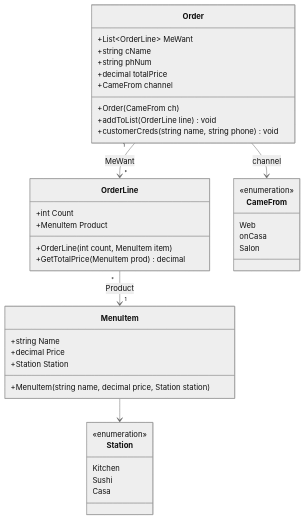
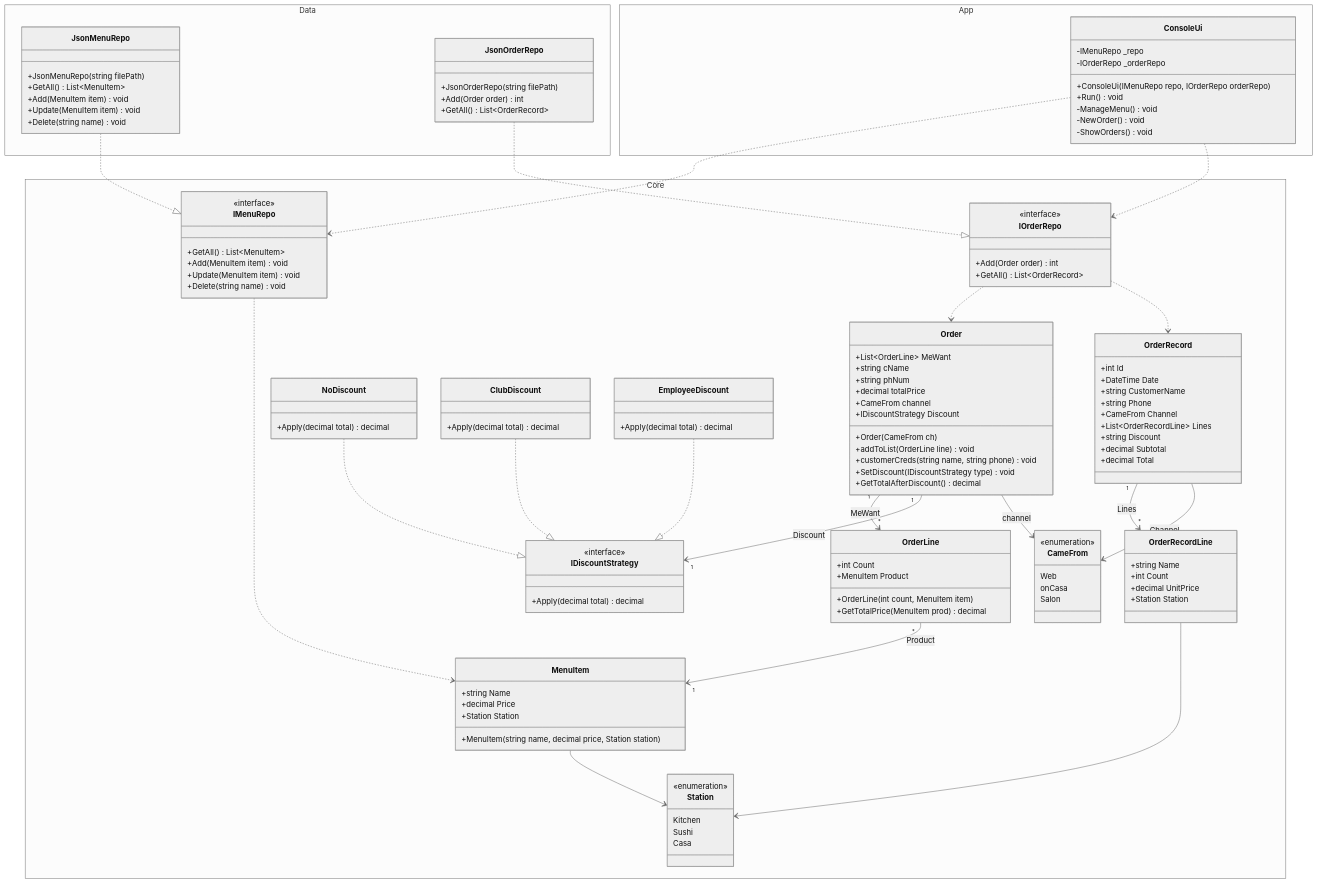
The diagram in uml1.0.md (Misaki-soup/sushi-order-system), drawn with Mermaid (neutral theme) before and after one commit.

Commit message:
Final Uml

````diff
--- a/uml1.0.md
+++ b/uml1.0.md
@@ -1,47 +1,146 @@
 ```mermaid
 classDiagram
 
-    class MenuItem {
-        +string Name
-        +decimal Price
-        +Station Station
-        +MenuItem(string name, decimal price, Station station)
+    namespace App {
+        class ConsoleUi {
+            -IMenuRepo _repo
+            -IOrderRepo _orderRepo
+            +ConsoleUi(IMenuRepo repo, IOrderRepo orderRepo)
+            +Run() void
+            -ManageMenu() void
+            -NewOrder() void
+            -ShowOrders() void
+        }
     }
 
-    class OrderLine {
-        +int Count
-        +MenuItem Product
-        +OrderLine(int count, MenuItem item)
-        +GetTotalPrice(MenuItem prod) decimal
+    namespace Core {
+        class MenuItem {
+            +string Name
+            +decimal Price
+            +Station Station
+            +MenuItem(string name, decimal price, Station station)
+        }
+
+        class OrderLine {
+            +int Count
+            +MenuItem Product
+            +OrderLine(int count, MenuItem item)
+            +GetTotalPrice(MenuItem prod) decimal
+        }
+
+        class Order {
+            +List~OrderLine~ MeWant
+            +string cName
+            +string phNum
+            +decimal totalPrice
+            +CameFrom channel
+            +IDiscountStrategy Discount
+            +Order(CameFrom ch)
+            +addToList(OrderLine line) void
+            +customerCreds(string name, string phone) void
+            +SetDiscount(IDiscountStrategy type) void
+            +GetTotalAfterDiscount() decimal
+        }
+
+        class Station {
+            <<enumeration>>
+            Kitchen
+            Sushi
+            Casa
+        }
+
+        class CameFrom {
+            <<enumeration>>
+            Web
+            onCasa
+            Salon
+        }
+
+        class IDiscountStrategy {
+            <<interface>>
+            +Apply(decimal total) decimal
+        }
+
+        class NoDiscount {
+            +Apply(decimal total) decimal
+        }
+
+        class ClubDiscount {
+            +Apply(decimal total) decimal
+        }
+
+        class EmployeeDiscount {
+            +Apply(decimal total) decimal
+        }
+
+        class IMenuRepo {
+            <<interface>>
+            +GetAll() List~MenuItem~
+            +Add(MenuItem item) void
+            +Update(MenuItem item) void
+            +Delete(string name) void
+        }
+
+        class IOrderRepo {
+            <<interface>>
+            +Add(Order order) int
+            +GetAll() List~OrderRecord~
+        }
+
+        class OrderRecord {
+            +int Id
+            +DateTime Date
+            +string CustomerName
+            +string Phone
+            +CameFrom Channel
+            +List~OrderRecordLine~ Lines
+            +string Discount
+            +decimal Subtotal
+            +decimal Total
+        }
+
+        class OrderRecordLine {
+            +string Name
+            +int Count
+            +decimal UnitPrice
+            +Station Station
+        }
     }
 
-    class Order {
-        +List~OrderLine~ MeWant
-        +string cName
-        +string phNum
-        +decimal totalPrice
-        +CameFrom channel
-        +Order(CameFrom ch)
-        +addToList(OrderLine line) void
-        +customerCreds(string name, string phone) void
+    namespace Data {
+        class JsonMenuRepo {
+            +JsonMenuRepo(string filePath)
+            +GetAll() List~MenuItem~
+            +Add(MenuItem item) void
+            +Update(MenuItem item) void
+            +Delete(string name) void
+        }
+
+        class JsonOrderRepo {
+            +JsonOrderRepo(string filePath)
+            +Add(Order order) int
+            +GetAll() List~OrderRecord~
+        }
     }
 
-    class Station {
-        <<enumeration>>
-        Kitchen
-        Sushi
-        Casa
-    }
-
-    class CameFrom {
-        <<enumeration>>
-        Web
-        onCasa
-        Salon
-    }
+    NoDiscount ..|> IDiscountStrategy
+    ClubDiscount ..|> IDiscountStrategy
+    EmployeeDiscount ..|> IDiscountStrategy
+    JsonMenuRepo ..|> IMenuRepo
+    JsonOrderRepo ..|> IOrderRepo
 
     Order "1" --> "*" OrderLine : MeWant
     OrderLine "*" --> "1" MenuItem : Product
+    Order "1" --> "1" IDiscountStrategy : Discount
+    OrderRecord "1" --> "*" OrderRecordLine : Lines
     MenuItem --> Station
     Order --> CameFrom : channel
+    OrderRecord --> CameFrom : Channel
+    OrderRecordLine --> Station
+
+    ConsoleUi ..> IMenuRepo
+    ConsoleUi ..> IOrderRepo
+    IMenuRepo ..> MenuItem
+    IOrderRepo ..> Order
+    IOrderRepo ..> OrderRecord
 ```
````
